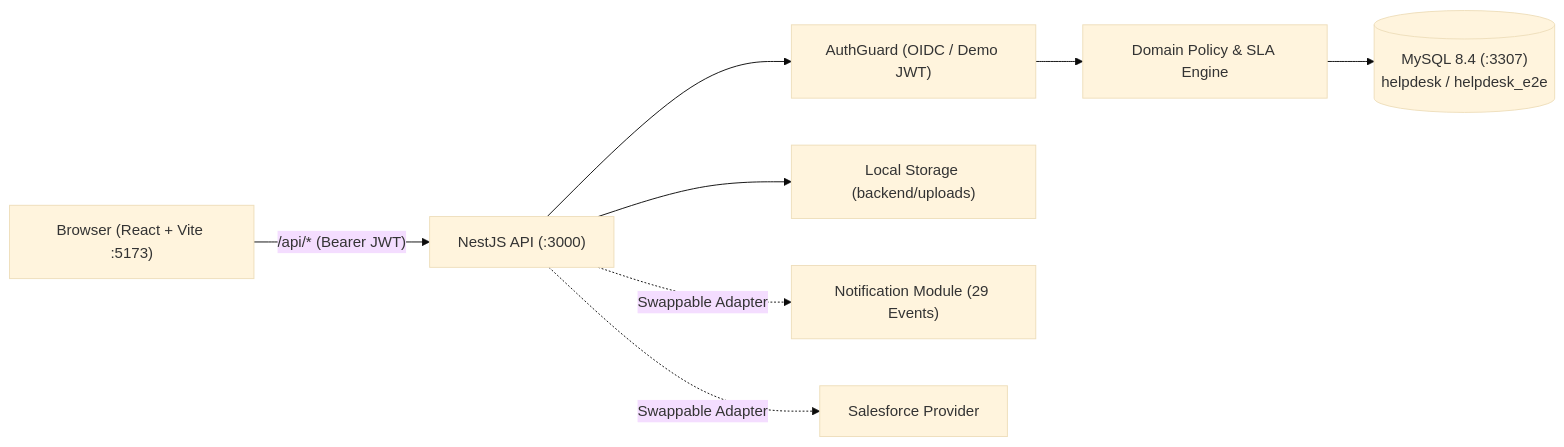
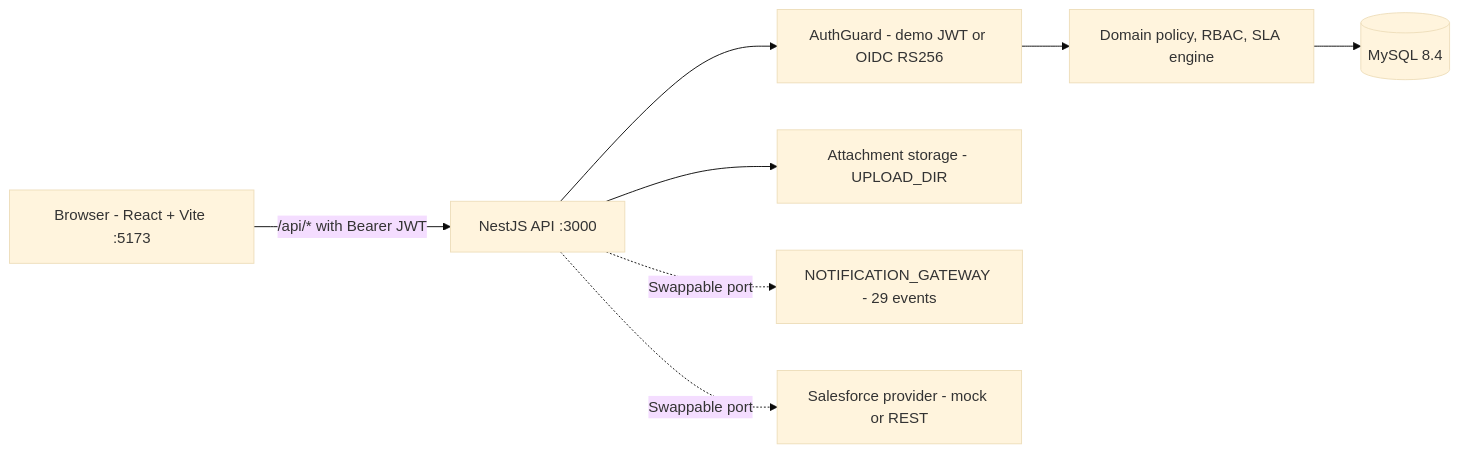
The diagram in README.md (sprabudh/npstx-helpdesk-app), drawn with Mermaid (base theme) before and after one commit. The commit also changed other lines of this file, not shown here.

````diff
--- a/README.md
+++ b/README.md
@@ -59,10 +104,10 @@
 ```mermaid
 flowchart LR
-    Browser["Browser (React + Vite :5173)"] -- "/api/* (Bearer JWT)" --> API["NestJS API (:3000)"]
-    API --> Guard["AuthGuard (OIDC / Demo JWT)"]
-    Guard --> Policy["Domain Policy & SLA Engine"]
-    Policy --> DB[("MySQL 8.4 (:3307)\nhelpdesk / helpdesk_e2e")]
-    API --> Uploads["Local Storage (backend/uploads)"]
-    API -. "Swappable Adapter" .-> Notif["Notification Module (29 Events)"]
-    API -. "Swappable Adapter" .-> SF["Salesforce Provider"]
+    Browser["Browser - React + Vite :5173"] -- "/api/* with Bearer JWT" --> API["NestJS API :3000"]
+    API --> Guard["AuthGuard - demo JWT or OIDC RS256"]
+    Guard --> Policy["Domain policy, RBAC, SLA engine"]
+    Policy --> DB[("MySQL 8.4")]
+    API --> Uploads["Attachment storage - UPLOAD_DIR"]
+    API -. "Swappable port" .-> Notif["NOTIFICATION_GATEWAY - 29 events"]
+    API -. "Swappable port" .-> SF["Salesforce provider - mock or REST"]
 ```
````
